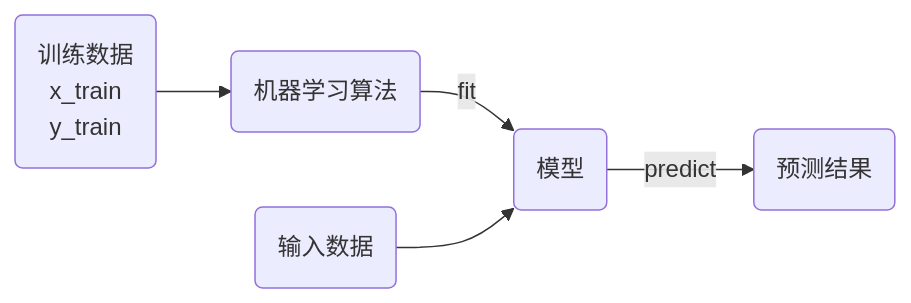
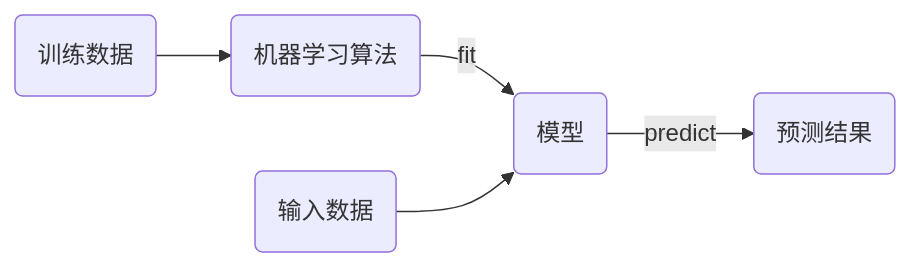
The first of 2 diagrams in docs/b-base/01-knn.md (hughxusu/lesson-ai), drawn with Mermaid before and after one commit. The commit also changed other lines of this file and 38 other files, not shown here.

````diff
--- a/docs/b-base/01-knn.md
+++ b/docs/b-base/01-knn.md
@@ -142,5 +32,5 @@
 ```mermaid
 graph LR
-a(训练数据\n x_train \n y_train)-->b(机器学习算法)--fit-->c(模型)
+a(训练数据)-->b(机器学习算法)--fit-->c(模型)
 d(输入数据)-->c--predict-->e(预测结果)
 ```
````
